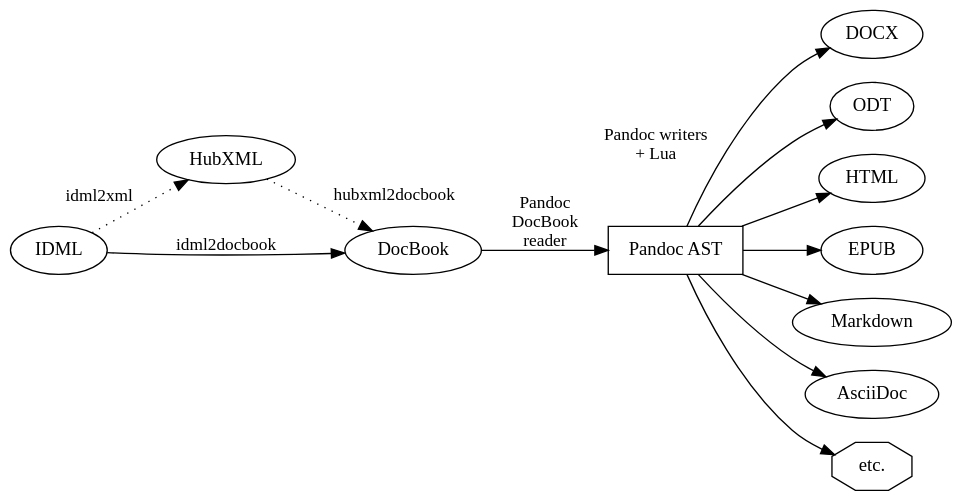
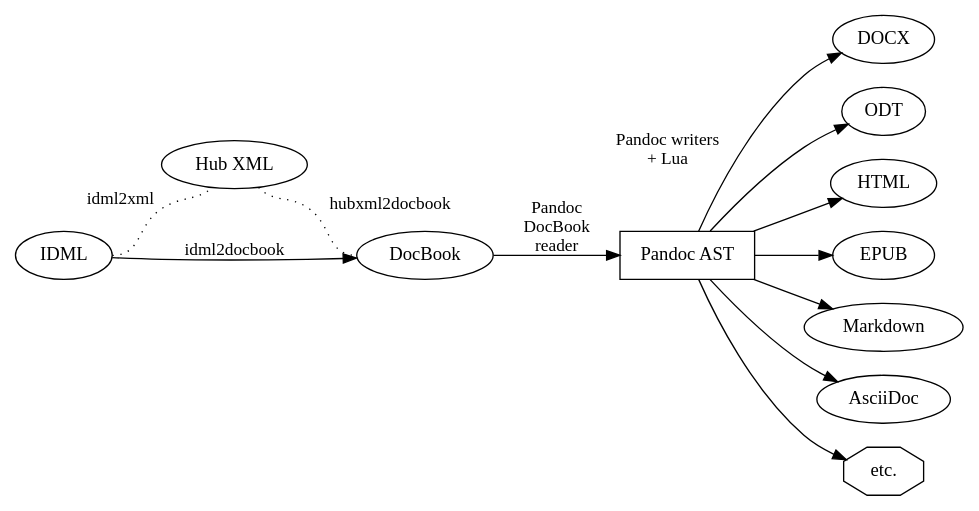
One commit to yanntrividic/idml-pandoc-reader changed the diagram in docs/source/conversions.dot. Above: the diagram before and after it, drawn with Graphviz. The commit also changed 11 other files, not shown here.

Commit message:
Better graphs!

```diff
--- a/docs/source/conversions.dot
+++ b/docs/source/conversions.dot
@@ -1,17 +1,17 @@
 digraph conversions {
-    bgcolor="transparent"
+    // bgcolor="transparent"
     rankdir="LR"
     p [shape=box label="Pandoc AST"]
-    "IDML" -> "HubXML" [xlabel="\nidml2xml" style="dotted" fontsize=13];
-    "HubXML" -> "DocBook" [xlabel="\nhubxml2docbook" style="dotted" fontsize=13];
+    "IDML":e -> "Hub XML":sw [xlabel="\nidml2xml" style="dotted" fontsize=13 arrowhead=none];
+    "Hub XML":se -> "DocBook":w [xlabel="\nhubxml2docbook" style="dotted" fontsize=13 arrowhead=none];
     "IDML" -> "DocBook" [label="\n\nidml2docbook" labelloc="b" fontsize=13];
     "DocBook" -> p [label="Pandoc\nDocBook\nreader" fontsize=13];
     p -> "DOCX" [xlabel="Pandoc writers    \n + Lua    " fontsize=13];
     p -> "ODT";
     p -> "HTML";
     p -> "EPUB";
     p -> "Markdown";
     p -> "AsciiDoc";
     etc [shape=octagon label="etc."]
     p -> etc;
 }
```
